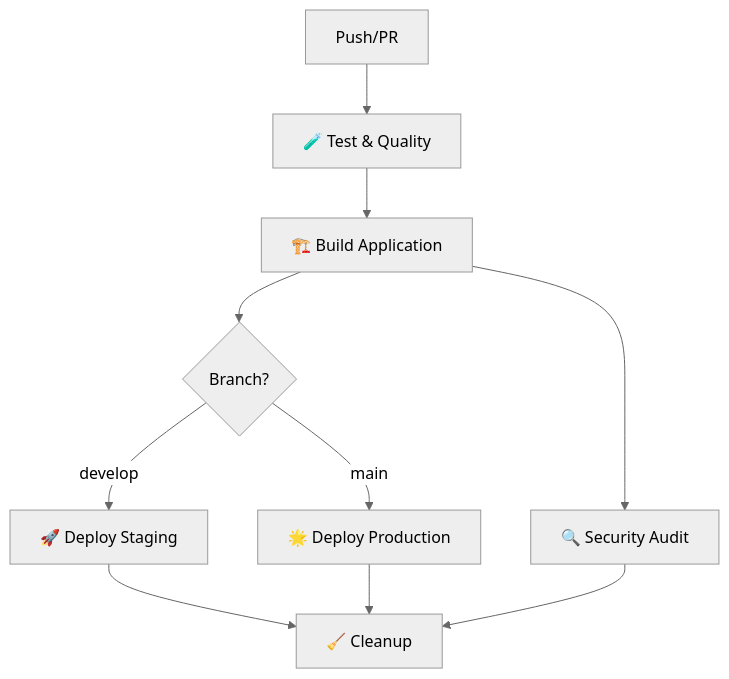
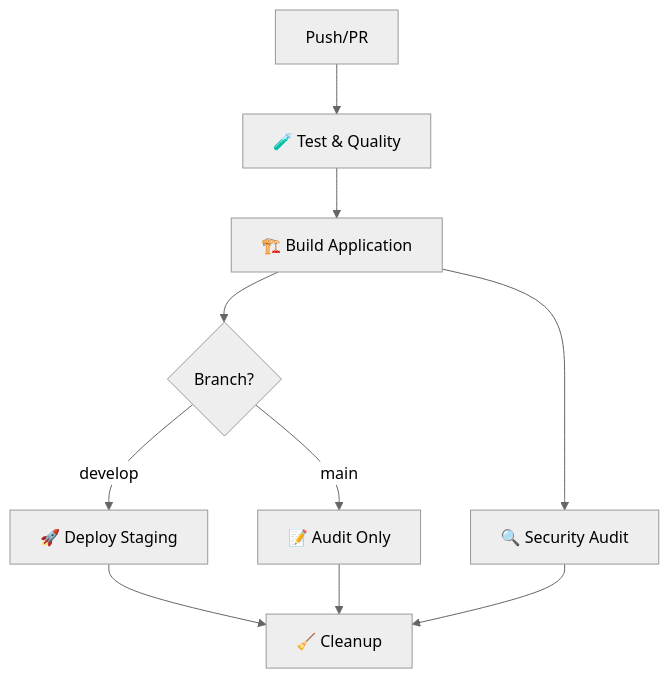
Before and after one commit to laoluafolami/wellnespal: the diagram in CICD_SETUP.md, drawn with Mermaid (neutral theme). The commit also changed other lines of this file and 1 other file, not shown here.

````diff
--- a/CICD_SETUP.md
+++ b/CICD_SETUP.md
@@ -77,12 +76,12 @@
 ```mermaid
 graph TD
     A[Push/PR] --> B[🧪 Test & Quality]
     B --> C[🏗️ Build Application]
     C --> D{Branch?}
     D -->|develop| E[🚀 Deploy Staging]
-    D -->|main| F[🌟 Deploy Production]
+    D -->|main| F[📝 Audit Only]
     C --> G[🔍 Security Audit]
     E --> H[🧹 Cleanup]
     F --> H
     G --> H
 ```
````
